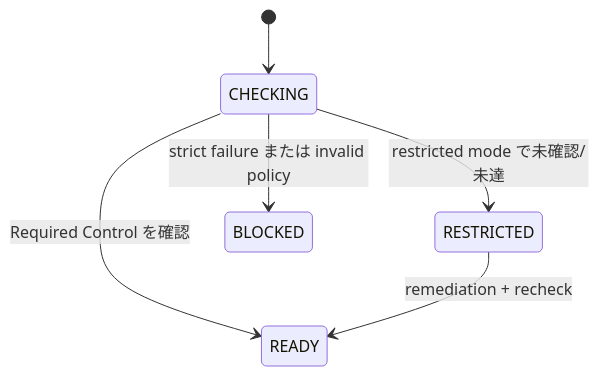
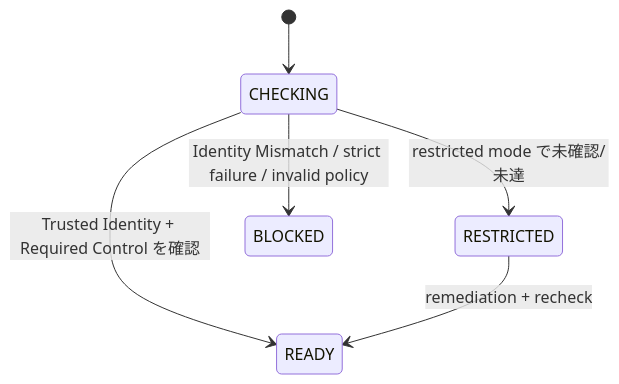
One commit to tomo-chan/agent-harness changed the second of 4 diagrams in docs/ja/01-architecture.md. Above: the diagram before and after it, drawn with Mermaid. The commit also changed other lines of this file, not shown here.

Commit message:
docs: Trusted IdentityとCanonical Publicationを日本語Architectureへ反映

````diff
--- a/docs/ja/01-architecture.md
+++ b/docs/ja/01-architecture.md
@@ -41,8 +44,8 @@
 ```mermaid
 stateDiagram-v2
     [*] --> CHECKING
-    CHECKING --> READY: Required Control を確認
+    CHECKING --> READY: Trusted Identity + Required Control を確認
     CHECKING --> RESTRICTED: restricted mode で未確認/未達
-    CHECKING --> BLOCKED: strict failure または invalid policy
+    CHECKING --> BLOCKED: Identity Mismatch / strict failure / invalid policy
     RESTRICTED --> READY: remediation + recheck
 ```
````
